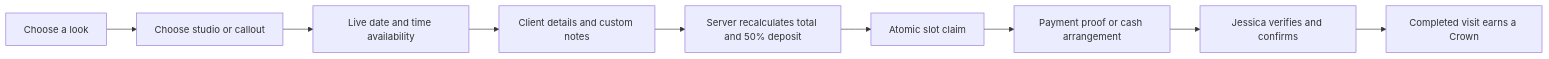
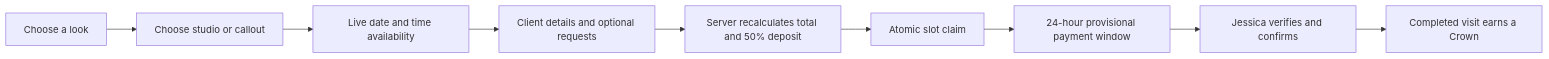
The diagram in README.md (freeman-ipumbu/jb-braids-case-study), drawn with Mermaid before and after one commit. The commit also changed other lines of this file and 5 other files, not shown here.

````diff
--- a/README.md
+++ b/README.md
@@ -62,11 +75,11 @@
 ```mermaid
 flowchart LR
     A[Choose a look] --> B[Choose studio or callout]
     B --> C[Live date and time availability]
-    C --> D[Client details and custom notes]
+    C --> D[Client details and optional requests]
     D --> E[Server recalculates total and 50% deposit]
     E --> F[Atomic slot claim]
-    F --> G[Payment proof or cash arrangement]
+    F --> G[24-hour provisional payment window]
     G --> H[Jessica verifies and confirms]
     H --> I[Completed visit earns a Crown]
 ```
````
